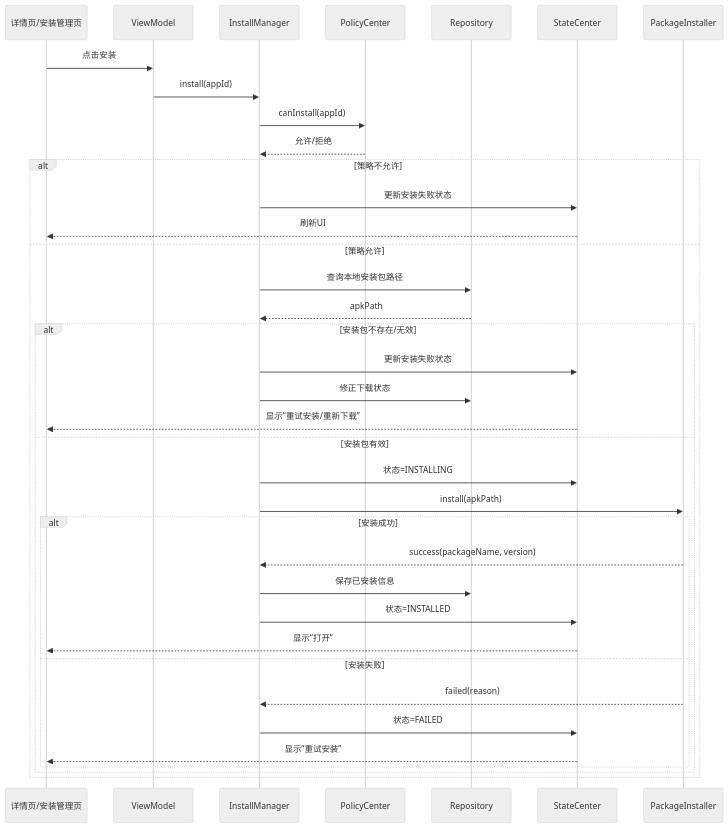
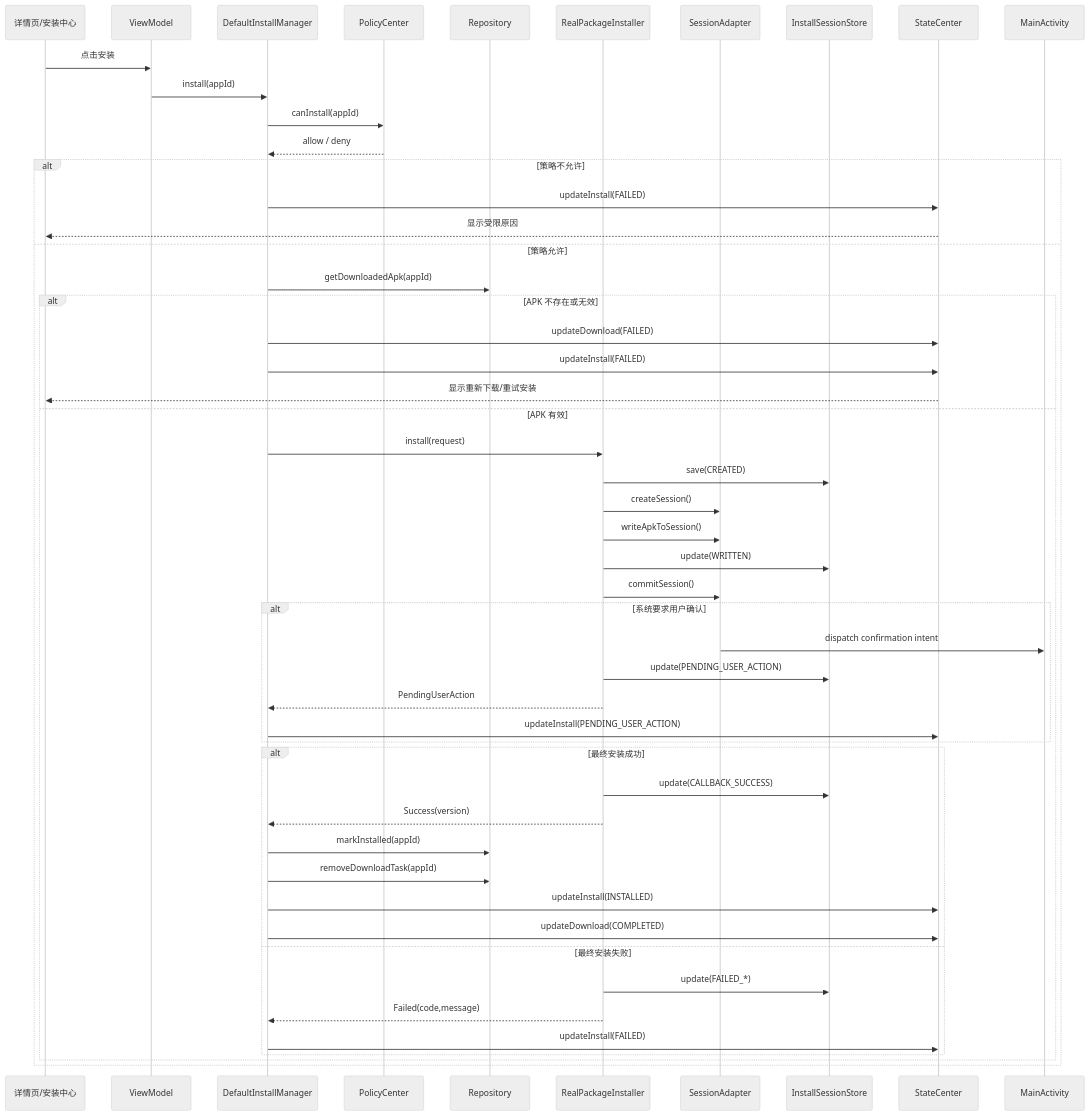
The third of 5 diagrams in docs/10-安装模块架构与流程.md (XZQ/CarAppStore), drawn with Mermaid (neutral theme) before and after one commit. The commit also changed other lines of this file and 35 other files, not shown here.

Commit message:
Docs: reorganize architecture docs and handoff guide

````diff
--- a/docs/10-安装模块架构与流程.md
+++ b/docs/10-安装模块架构与流程.md
@@ -88,44 +109,59 @@
 ```mermaid
 sequenceDiagram
-participant UI as 详情页/安装管理页
+participant UI as 详情页/安装中心
 participant VM as ViewModel
-participant IM as InstallManager
+participant IM as DefaultInstallManager
 participant PC as PolicyCenter
 participant REPO as Repository
+participant PI as RealPackageInstaller
+participant SA as SessionAdapter
+participant SS as InstallSessionStore
 participant SC as StateCenter
-participant PI as PackageInstaller
+participant ACT as MainActivity
 
 UI->>VM: 点击安装
 VM->>IM: install(appId)
 
 IM->>PC: canInstall(appId)
-PC-->>IM: 允许/拒绝
+PC-->>IM: allow / deny
 
 alt 策略不允许
-    IM->>SC: 更新安装失败状态
-    SC-->>UI: 刷新UI
+    IM->>SC: updateInstall(FAILED)
+    SC-->>UI: 显示受限原因
 else 策略允许
-    IM->>REPO: 查询本地安装包路径
-    REPO-->>IM: apkPath
+    IM->>REPO: getDownloadedApk(appId)
 
-    alt 安装包不存在/无效
-        IM->>SC: 更新安装失败状态
-        IM->>REPO: 修正下载状态
-        SC-->>UI: 显示“重试安装/重新下载”
-    else 安装包有效
-        IM->>SC: 状态=INSTALLING
-        IM->>PI: install(apkPath)
+    alt APK 不存在或无效
+        IM->>SC: updateDownload(FAILED)
+        IM->>SC: updateInstall(FAILED)
+        SC-->>UI: 显示重新下载/重试安装
+    else APK 有效
+        IM->>PI: install(request)
+        PI->>SS: save(CREATED)
+        PI->>SA: createSession()
+        PI->>SA: writeApkToSession()
+        PI->>SS: update(WRITTEN)
+        PI->>SA: commitSession()
 
-        alt 安装成功
-            PI-->>IM: success(packageName, version)
-            IM->>REPO: 保存已安装信息
-            IM->>SC: 状态=INSTALLED
-            SC-->>UI: 显示“打开”
-        else 安装失败
-            PI-->>IM: failed(reason)
-            IM->>SC: 状态=FAILED
-            SC-->>UI: 显示“重试安装”
+        alt 系统要求用户确认
+            SA->>ACT: dispatch confirmation intent
+            PI->>SS: update(PENDING_USER_ACTION)
+            PI-->>IM: PendingUserAction
+            IM->>SC: updateInstall(PENDING_USER_ACTION)
+        end
+
+        alt 最终安装成功
+            PI->>SS: update(CALLBACK_SUCCESS)
+            PI-->>IM: Success(version)
+            IM->>REPO: markInstalled(appId)
+            IM->>REPO: removeDownloadTask(appId)
+            IM->>SC: updateInstall(INSTALLED)
+            IM->>SC: updateDownload(COMPLETED)
+        else 最终安装失败
+            PI->>SS: update(FAILED_*)
+            PI-->>IM: Failed(code,message)
+            IM->>SC: updateInstall(FAILED)
         end
     end
 end
 ```
````
